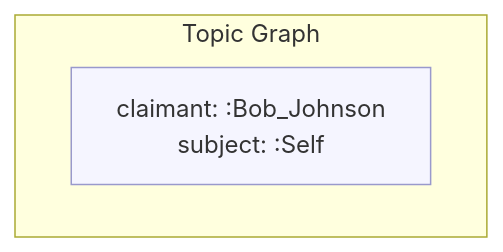
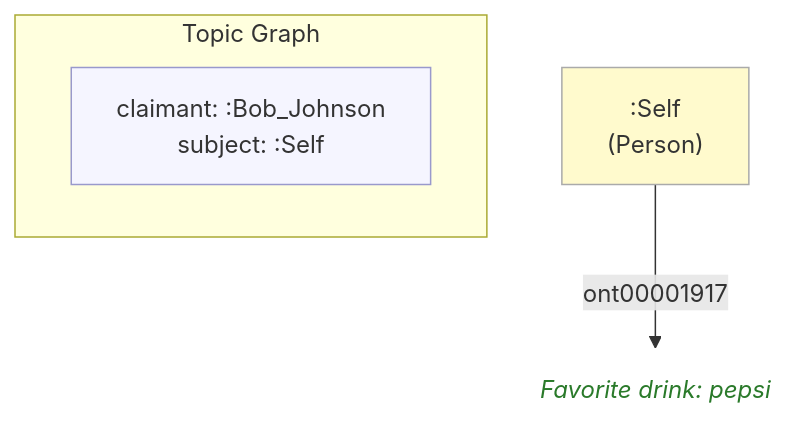
One commit to MeeFoundation/mia-ontologies changed the diagram in example/topics/images/self.bob-johnson(Bob-Johnson)(others)(08).mmd. Above: the diagram before and after it, drawn with Mermaid. The commit also changed 50 other files, not shown here.

```diff
--- a/example/topics/images/self.bob-johnson(Bob-Johnson)(others)(08).mmd
+++ b/example/topics/images/self.bob-johnson(Bob-Johnson)(others)(08).mmd
@@ -1,11 +1,16 @@
 flowchart TD
     classDef person fill:#fffacd,stroke:#aaa,color:#333
     classDef grp    fill:#d4edda,stroke:#aaa,color:#333
     classDef org    fill:#cce5ff,stroke:#aaa,color:#333
     classDef lit    fill:none,stroke:none,font-style:italic,color:#2a7a2a
     classDef meta   fill:#f5f5ff,stroke:#9999cc,color:#333
 
     subgraph ctx["Topic Graph"]
         direction LR
         ctx_meta["claimant: :Bob_Johnson\nsubject: :Self"]:::meta
     end
+
+    ne0c3ba92f1db[":Self\n(Person)"]:::person
+    n0c0bbe680d71("Favorite drink: pepsi"):::lit
+
+    ne0c3ba92f1db -->|"ont00001917"| n0c0bbe680d71
```
